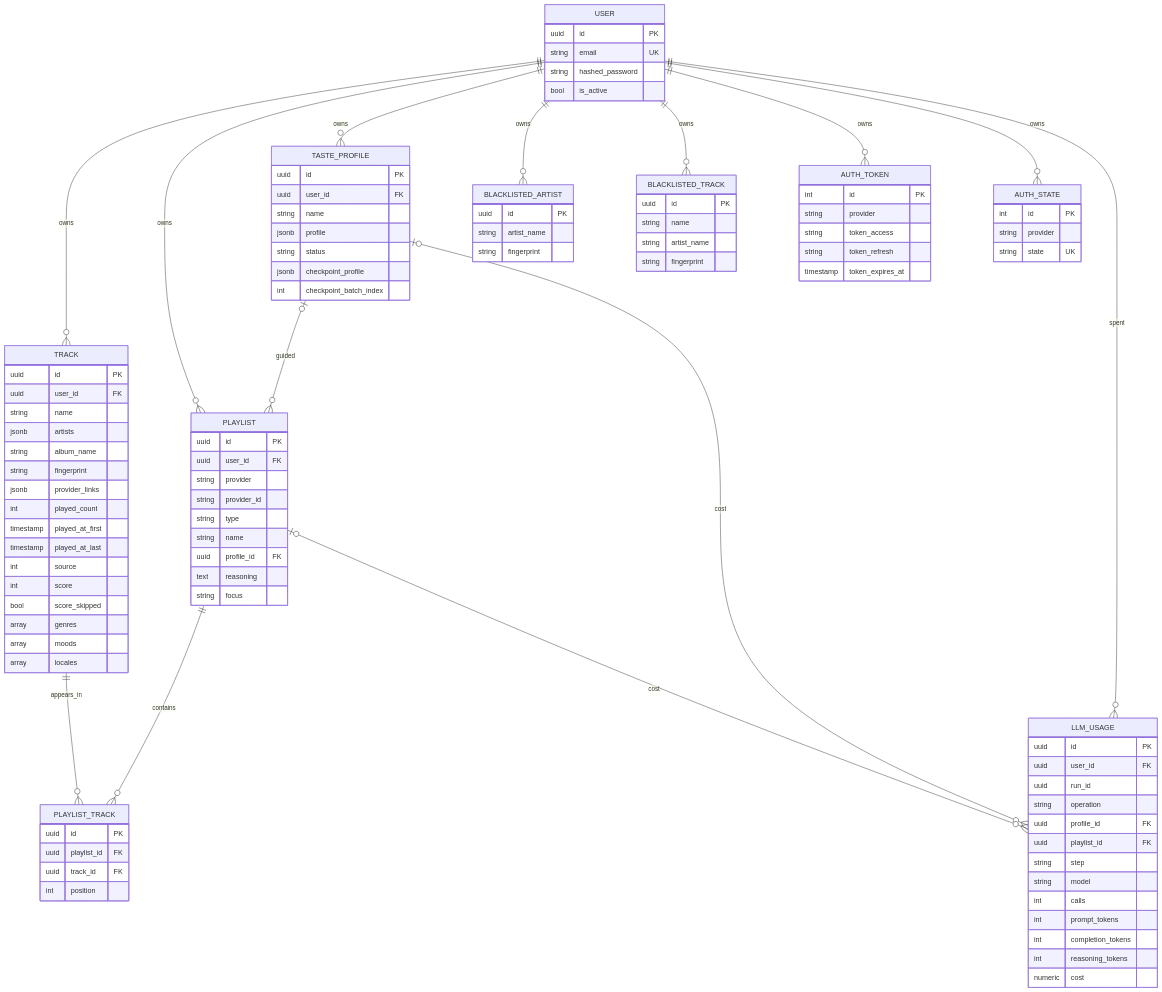
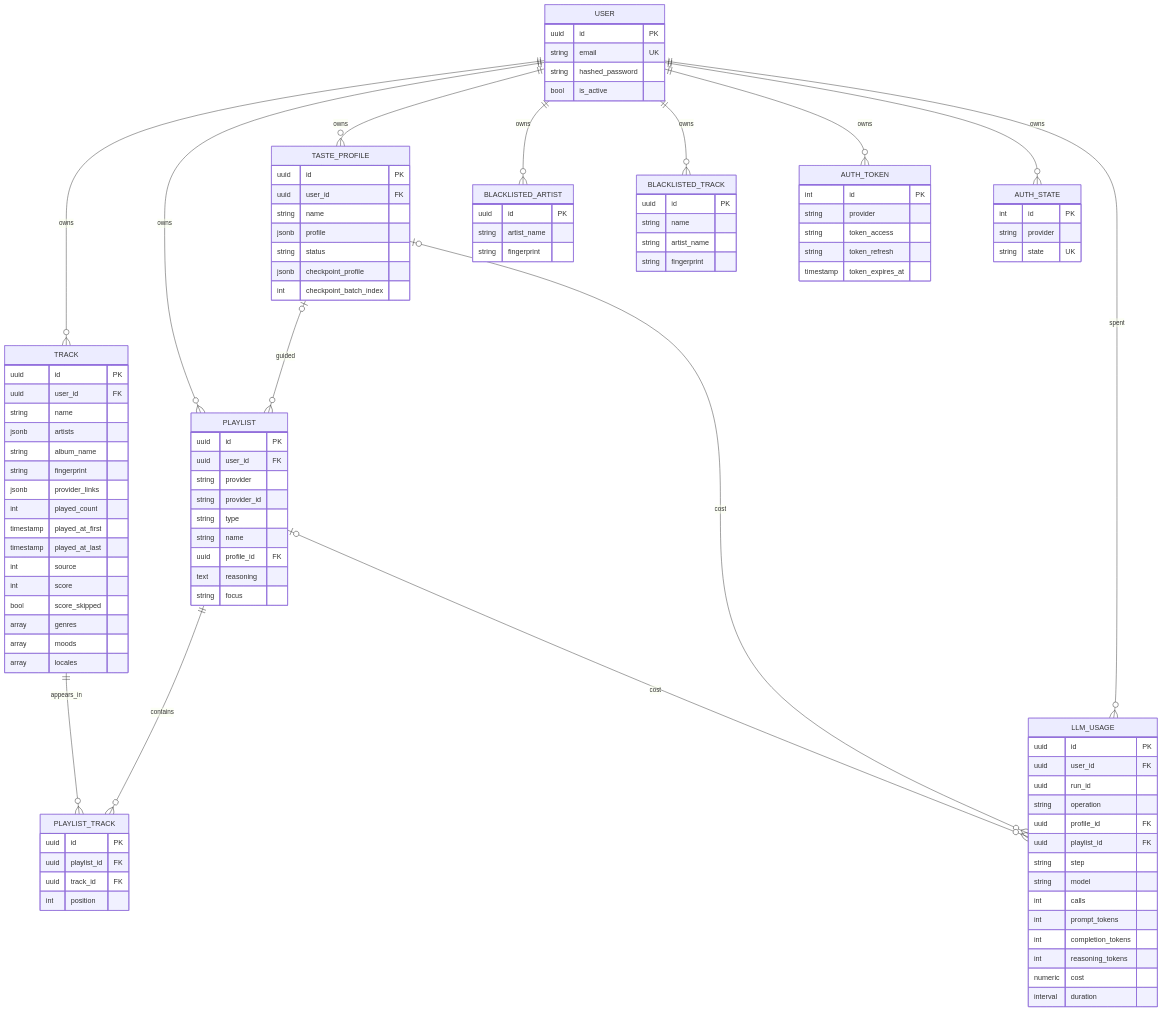
One commit to ychab/museflow changed the diagram in docs/technical/data-model.md. Above: the diagram before and after it, drawn with Mermaid. The commit also changed other lines of this file and 18 other files, not shown here.

````diff
--- a/docs/technical/data-model.md
+++ b/docs/technical/data-model.md
@@ -105,5 +105,6 @@
         int completion_tokens
         int reasoning_tokens
         numeric cost
+        interval duration
     }
 ```
````
